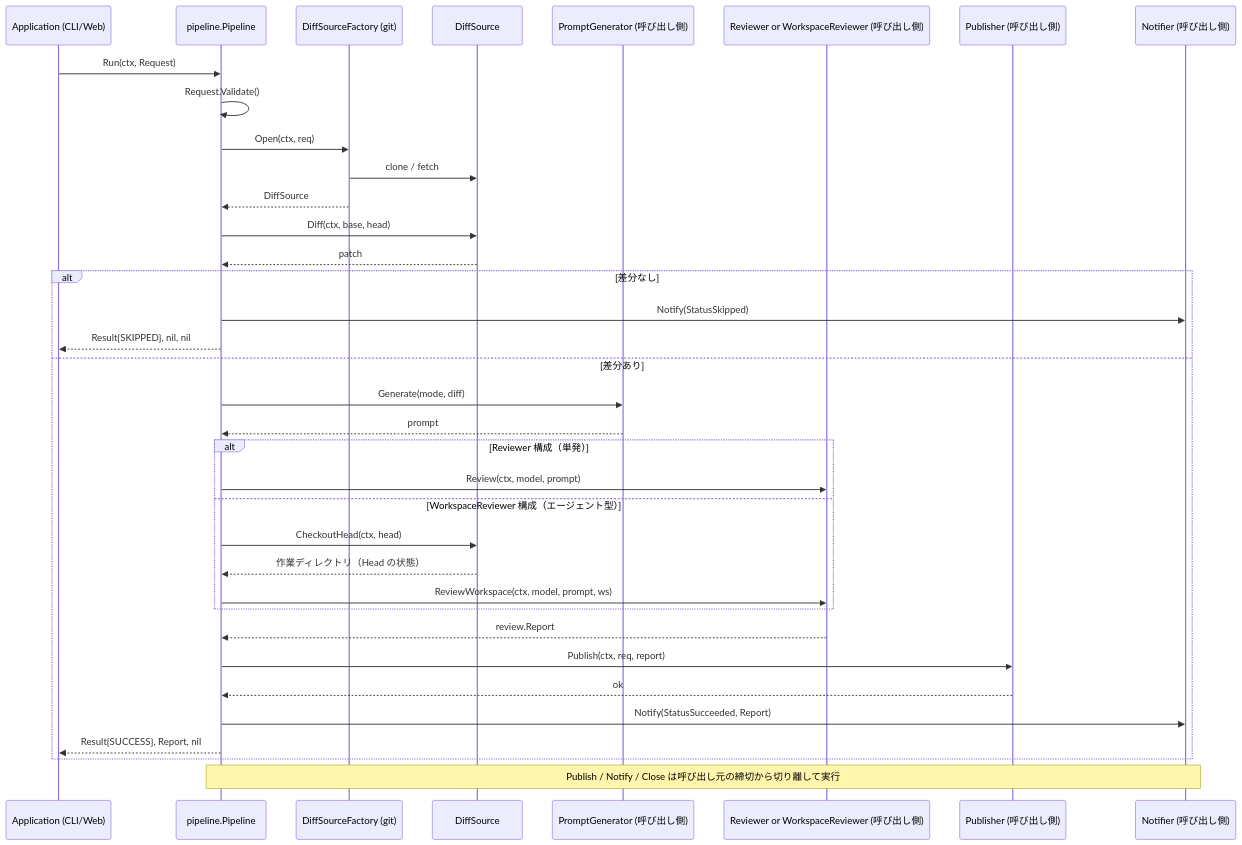
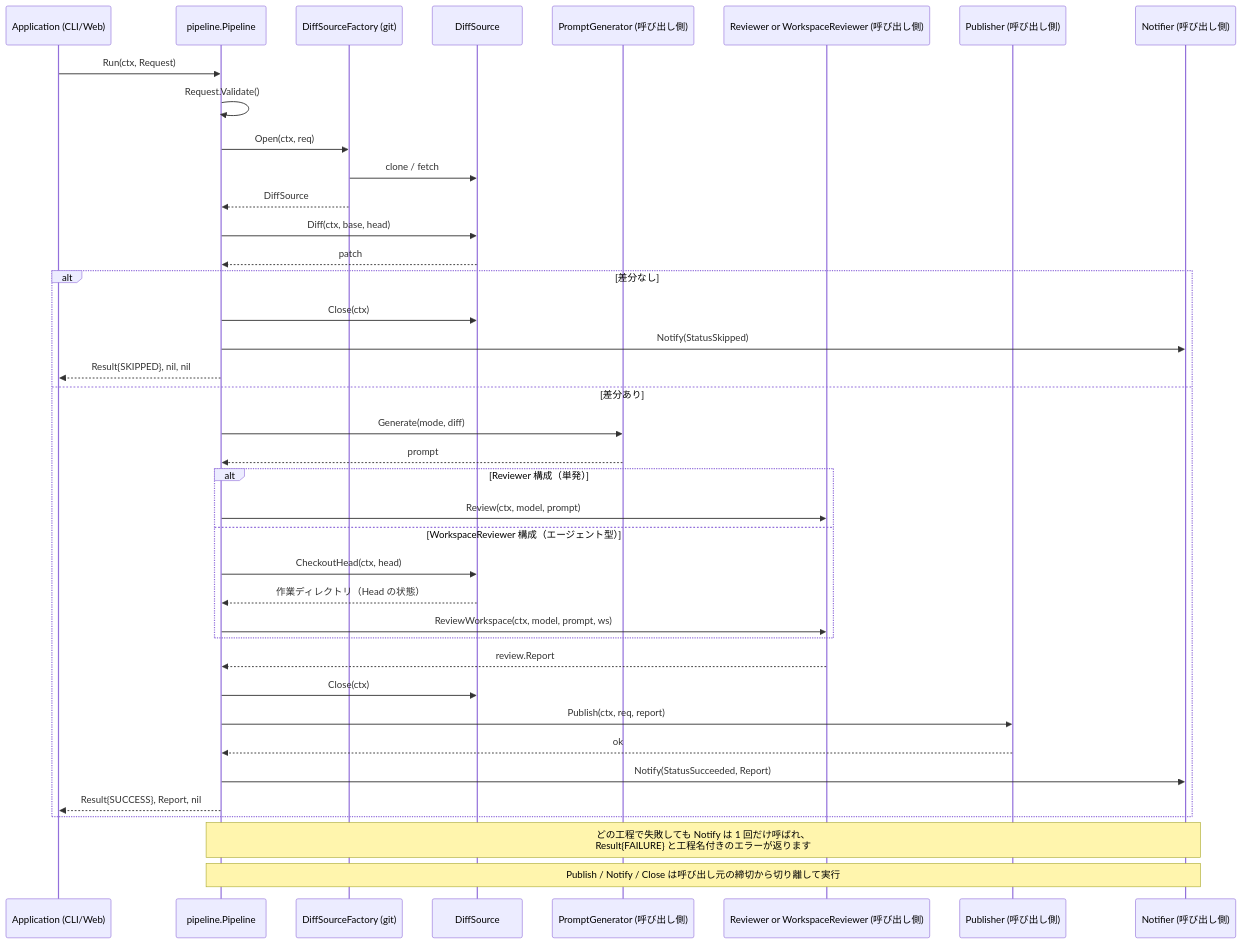
One commit to shouni/go-review-kit changed the diagram in README.md. Above: the diagram before and after it, drawn with Mermaid. The commit also changed other lines of this file and 1 other file, not shown here.

````diff
--- a/README.md
+++ b/README.md
@@ -261,43 +263,46 @@
 ```mermaid
 sequenceDiagram
     participant App as Application (CLI/Web)
     participant PL as pipeline.Pipeline
     participant SF as DiffSourceFactory (git)
     participant DS as DiffSource
     participant PG as PromptGenerator (呼び出し側)
     participant AI as Reviewer or WorkspaceReviewer (呼び出し側)
     participant PB as Publisher (呼び出し側)
     participant NT as Notifier (呼び出し側)
 
     App->>PL: Run(ctx, Request)
     PL->>PL: Request.Validate()
     PL->>SF: Open(ctx, req)
     SF->>DS: clone / fetch
     SF-->>PL: DiffSource
     PL->>DS: Diff(ctx, base, head)
     DS-->>PL: patch
 
     alt 差分なし
+        PL->>DS: Close(ctx)
         PL->>NT: Notify(StatusSkipped)
         PL-->>App: Result{SKIPPED}, nil, nil
     else 差分あり
         PL->>PG: Generate(mode, diff)
         PG-->>PL: prompt
 
         alt Reviewer 構成（単発）
             PL->>AI: Review(ctx, model, prompt)
         else WorkspaceReviewer 構成（エージェント型）
             PL->>DS: CheckoutHead(ctx, head)
             DS-->>PL: 作業ディレクトリ（Head の状態）
             PL->>AI: ReviewWorkspace(ctx, model, prompt, ws)
         end
         AI-->>PL: review.Report
+        PL->>DS: Close(ctx)
 
         PL->>PB: Publish(ctx, req, report)
         PB-->>PL: ok
         PL->>NT: Notify(StatusSucceeded, Report)
         PL-->>App: Result{SUCCESS}, Report, nil
     end
 
+    Note over PL,NT: どの工程で失敗しても Notify は 1 回だけ呼ばれ、<br/>Result{FAILURE} と工程名付きのエラーが返ります
     Note over PL,NT: Publish / Notify / Close は呼び出し元の締切から切り離して実行
 ```
````
